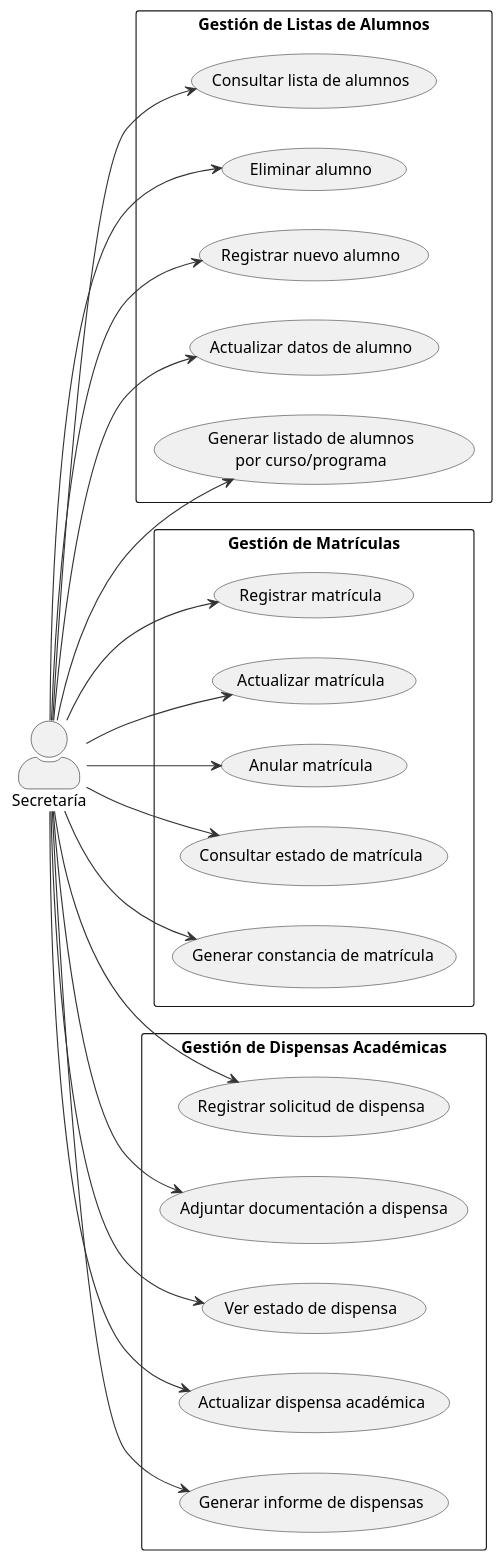
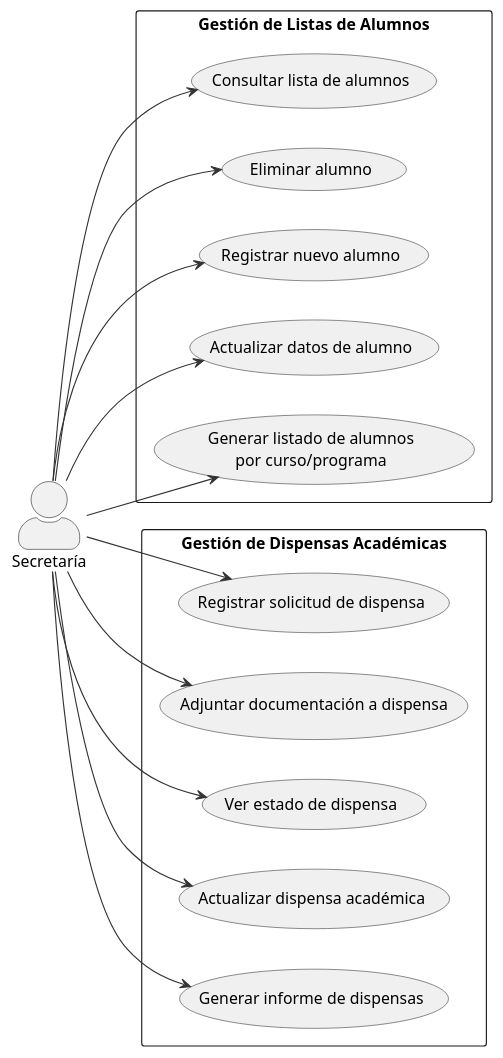
One commit to enmabry/25-26-IdSw1-SdR changed the diagram in documents/CasosDeUso/CasoDeUso/Secretaria/DiagramaCompletoCasoDeUso.puml. Above: the diagram before and after it, drawn with PlantUML. The commit also changed 5 other files, not shown here.

```diff
--- a/documents/CasosDeUso/CasoDeUso/Secretaria/DiagramaCompletoCasoDeUso.puml
+++ b/documents/CasosDeUso/CasoDeUso/Secretaria/DiagramaCompletoCasoDeUso.puml
@@ -1,56 +1,43 @@
 @startuml
 left to right direction
 skinparam actorStyle awesome
 skinparam packageStyle rectangle
 skinparam usecase {
   BackgroundColor #F0F0F0
   BorderColor #333
   ArrowColor #333
 }
 
 actor "Secretaría" as Secretaria
 
 rectangle "Gestión de Listas de Alumnos" {
   usecase "Consultar lista de alumnos" as CU01
   usecase "Eliminar alumno" as CU02
   usecase "Registrar nuevo alumno" as CU03
   usecase "Actualizar datos de alumno" as CU04
   usecase "Generar listado de alumnos\npor curso/programa" as CU05
 }
 
-rectangle "Gestión de Matrículas" {
-  usecase "Registrar matrícula" as CU06
-  usecase "Actualizar matrícula" as CU07
-  usecase "Anular matrícula" as CU08
-  usecase "Consultar estado de matrícula" as CU09
-  usecase "Generar constancia de matrícula" as CU10
-}
 
 rectangle "Gestión de Dispensas Académicas" {
   usecase "Registrar solicitud de dispensa" as CU11
   usecase "Adjuntar documentación a dispensa" as CU12
   usecase "Ver estado de dispensa" as CU13
   usecase "Actualizar dispensa académica" as CU14
   usecase "Generar informe de dispensas" as CU15
 }
 
 ' Relaciones del Actor con los CU
 Secretaria --> CU01
 Secretaria --> CU02
 Secretaria --> CU03
 Secretaria --> CU04
 Secretaria --> CU05
 
-Secretaria --> CU06
-Secretaria --> CU07
-Secretaria --> CU08
-Secretaria --> CU09
-Secretaria --> CU10
-
 Secretaria --> CU11
 Secretaria --> CU12
 Secretaria --> CU13
 Secretaria --> CU14
 Secretaria --> CU15
 
 @enduml
```
